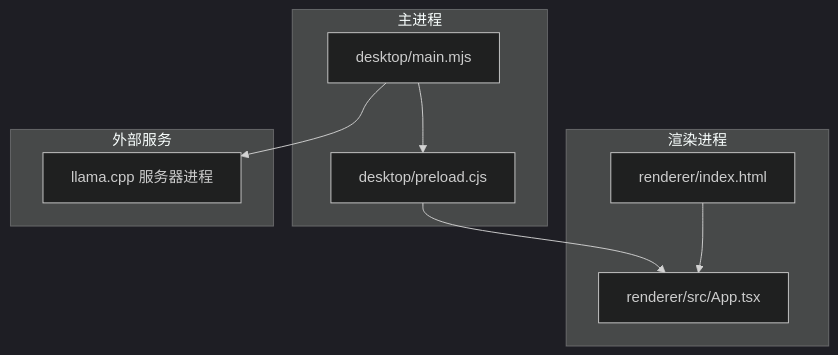
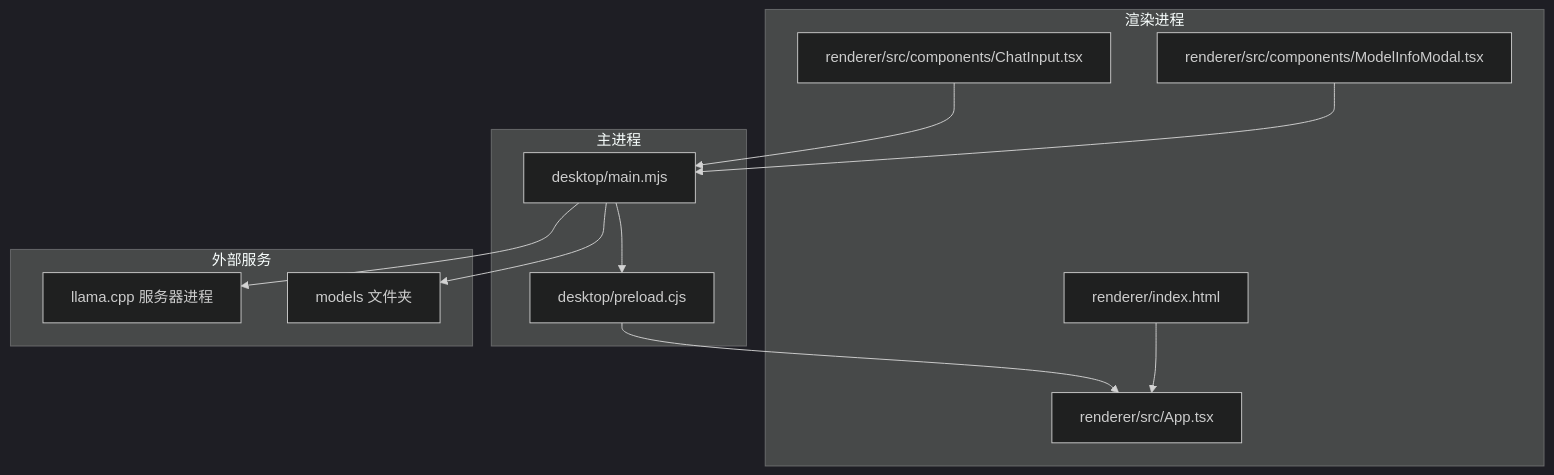
Before and after one commit to linkin770/illama-cpp-desktop: the first of 7 diagrams in .qoder/repowiki/zh/content/架构设计/进程架构设计.md, drawn with Mermaid (dark theme). The commit also changed other lines of this file and 23 other files, not shown here.

````diff
--- a/.qoder/repowiki/zh/content/架构设计/进程架构设计.md
+++ b/.qoder/repowiki/zh/content/架构设计/进程架构设计.md
@@ -34,18 +44,24 @@
 ```mermaid
 graph TB
 subgraph "主进程"
 MJS["desktop/main.mjs"]
 PRE["desktop/preload.cjs"]
 end
 subgraph "渲染进程"
 HTML["renderer/index.html"]
 APP["renderer/src/App.tsx"]
+CHAT["renderer/src/components/ChatInput.tsx"]
+MODELINFO["renderer/src/components/ModelInfoModal.tsx"]
 end
 subgraph "外部服务"
 Llama["llama.cpp 服务器进程"]
+MODELS["models 文件夹"]
 end
 MJS --> PRE
 PRE --> APP
 HTML --> APP
 MJS --> Llama
+MJS --> MODELS
+CHAT --> MJS
+MODELINFO --> MJS
 ```
````
